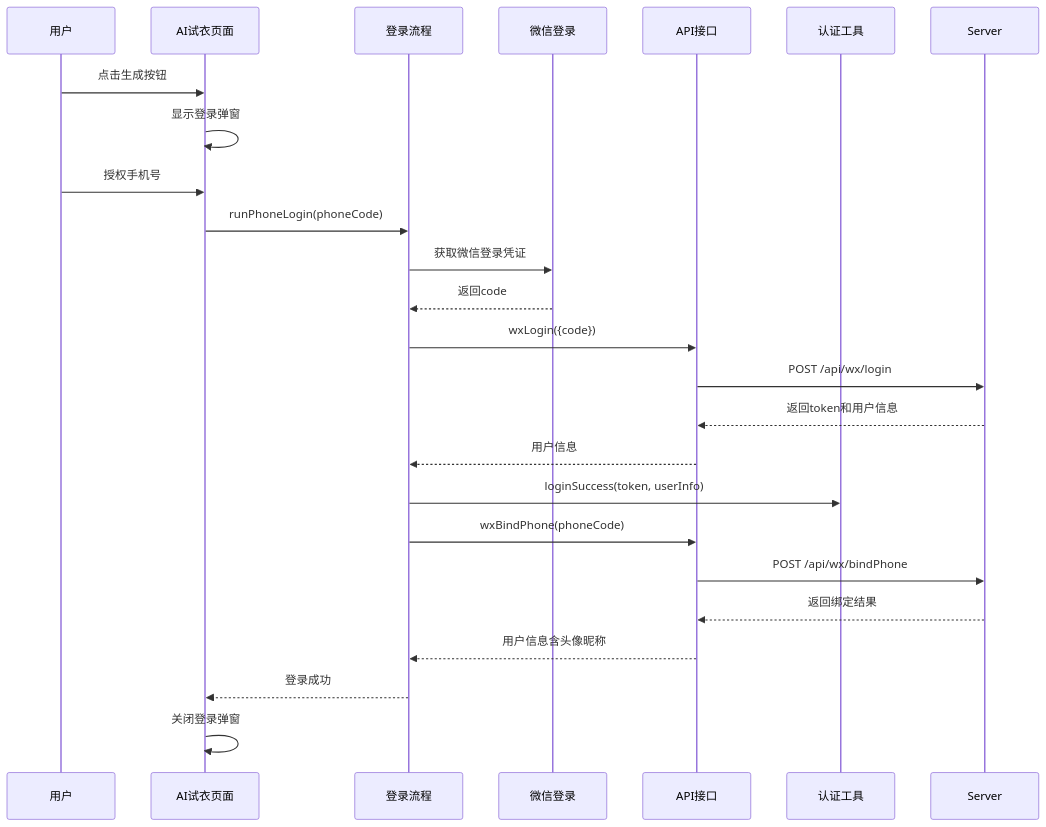
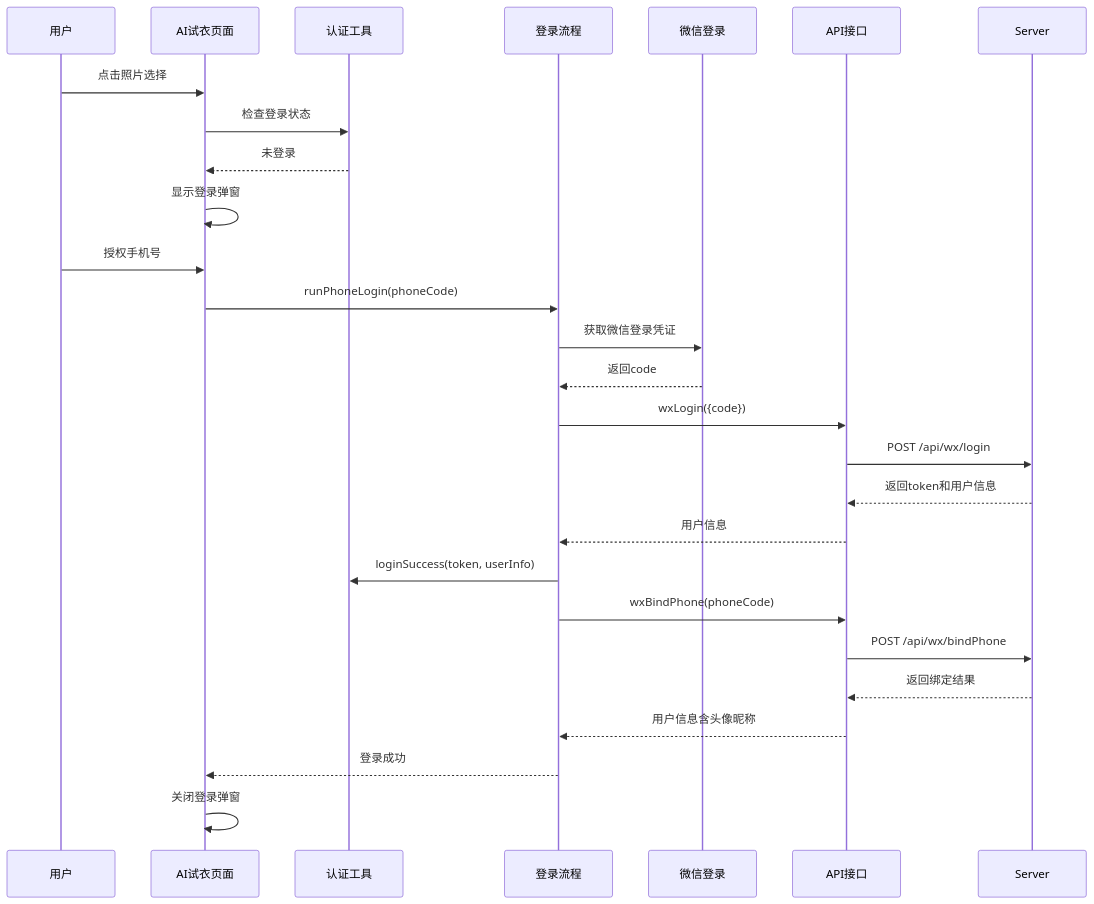
The fifth of 19 diagrams in .qoder/repowiki/zh/content/核心功能模块/AI试衣功能.md (crazyma99/blueberry), drawn with Mermaid before and after one commit. The commit also changed other lines of this file and 4 other files, not shown here.

````diff
--- a/.qoder/repowiki/zh/content/核心功能模块/AI试衣功能.md
+++ b/.qoder/repowiki/zh/content/核心功能模块/AI试衣功能.md
@@ -341,26 +348,28 @@
    ```mermaid
 sequenceDiagram
 participant User as 用户
 participant Page as AI试衣页面
+participant Auth as 认证工具
 participant LoginFlow as 登录流程
 participant WeChat as 微信登录
 participant API as API接口
-participant Auth as 认证工具
-User->>Page : 点击生成按钮
+User->>Page : 点击照片选择
+Page->>Auth : 检查登录状态
+Auth-->>Page : 未登录
 Page->>Page : 显示登录弹窗
 User->>Page : 授权手机号
 Page->>LoginFlow : runPhoneLogin(phoneCode)
 LoginFlow->>WeChat : 获取微信登录凭证
 WeChat-->>LoginFlow : 返回code
 LoginFlow->>API : wxLogin({code})
 API->>Server : POST /api/wx/login
 Server-->>API : 返回token和用户信息
 API-->>LoginFlow : 用户信息
 LoginFlow->>Auth : loginSuccess(token, userInfo)
 LoginFlow->>API : wxBindPhone(phoneCode)
 API->>Server : POST /api/wx/bindPhone
 Server-->>API : 返回绑定结果
 API-->>LoginFlow : 用户信息含头像昵称
 LoginFlow-->>Page : 登录成功
 Page->>Page : 关闭登录弹窗
 ```
````
